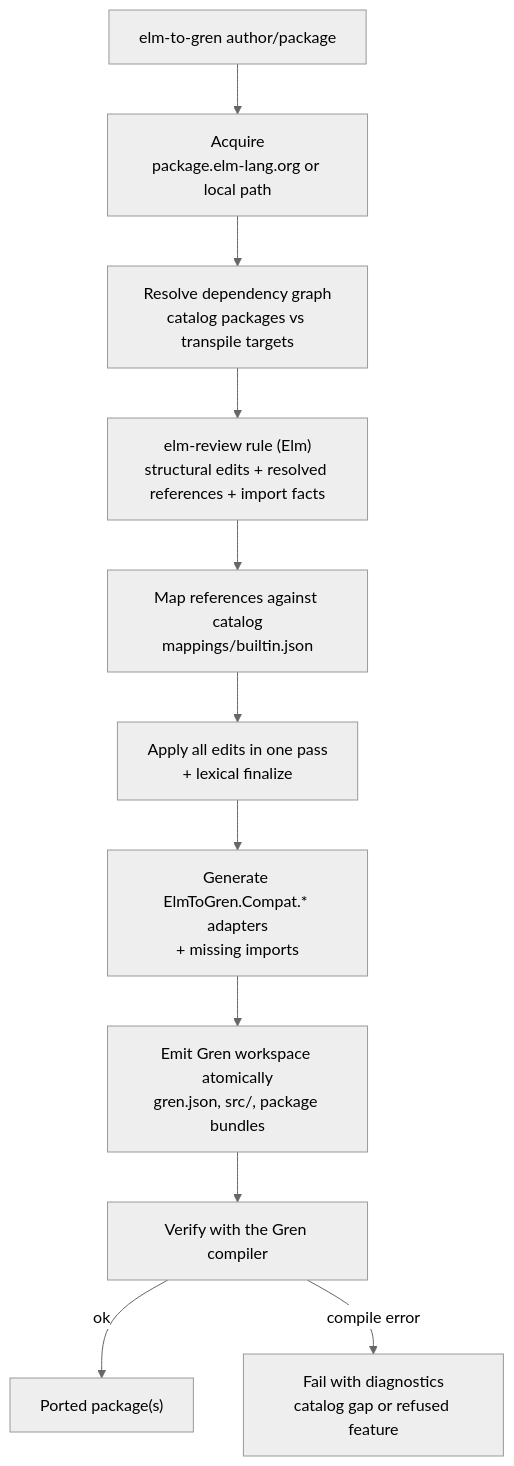
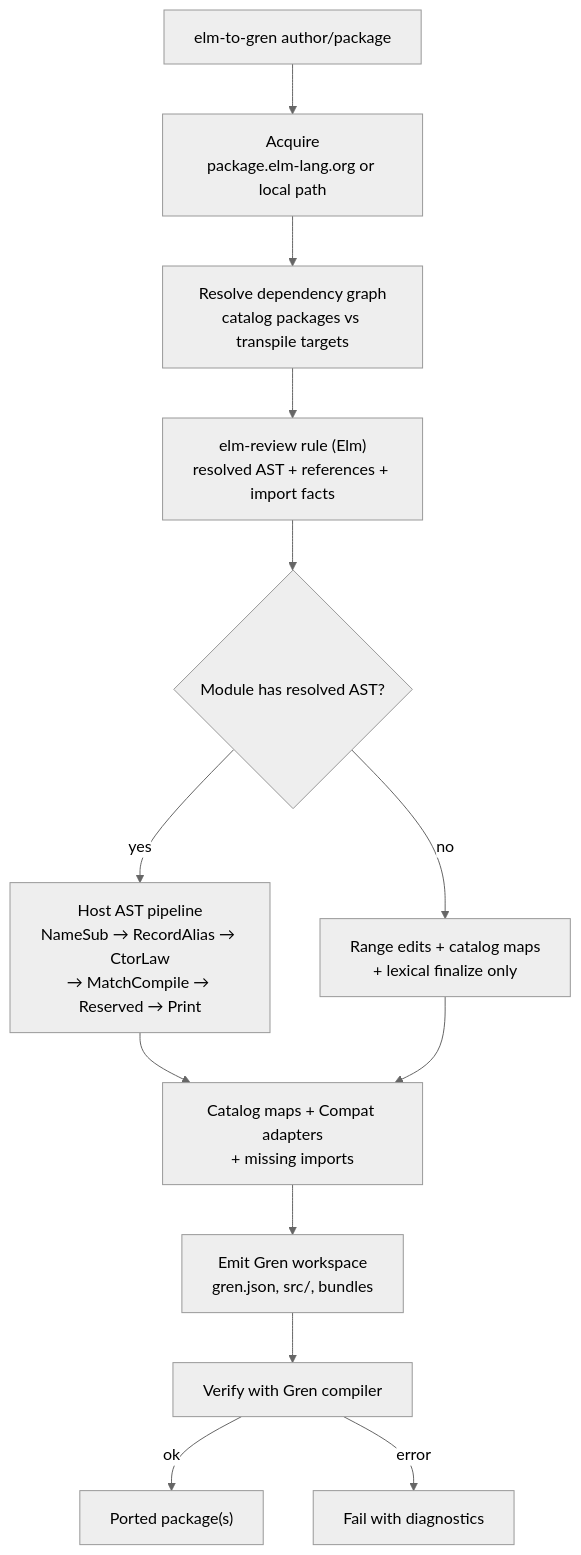
Before and after one commit to sjalq/grentify: the diagram in README.md, drawn with Mermaid (neutral theme). The commit also changed other lines of this file and 10 other files, not shown here.

First line of the commit message:
Align project with host AST pipeline and restore unit tests.

````diff
--- a/README.md
+++ b/README.md
@@ -63,13 +63,15 @@
 ```mermaid
 flowchart TD
     A["elm-to-gren author/package"] --> B["Acquire<br/>package.elm-lang.org or local path"]
     B --> C["Resolve dependency graph<br/>catalog packages vs transpile targets"]
-    C --> D["elm-review rule (Elm)<br/>structural edits + resolved references + import facts"]
-    D --> E["Map references against catalog<br/>mappings/builtin.json"]
-    E --> F["Apply all edits in one pass<br/>+ lexical finalize"]
-    F --> G["Generate ElmToGren.Compat.* adapters<br/>+ missing imports"]
-    G --> H["Emit Gren workspace atomically<br/>gren.json, src/, package bundles"]
-    H --> I["Verify with the Gren compiler"]
-    I -->|ok| J["Ported package(s)"]
-    I -->|compile error| K["Fail with diagnostics<br/>catalog gap or refused feature"]
+    C --> D["elm-review rule (Elm)<br/>resolved AST + references + import facts"]
+    D --> E{"Module has resolved AST?"}
+    E -->|yes| F["Host AST pipeline<br/>NameSub → RecordAlias → CtorLaw<br/>→ MatchCompile → Reserved → Print"]
+    E -->|no| G["Range edits + catalog maps<br/>+ lexical finalize only"]
+    F --> H["Catalog maps + Compat adapters<br/>+ missing imports"]
+    G --> H
+    H --> I["Emit Gren workspace<br/>gren.json, src/, bundles"]
+    I --> J["Verify with Gren compiler"]
+    J -->|ok| K["Ported package(s)"]
+    J -->|error| L["Fail with diagnostics"]
 ```
````
